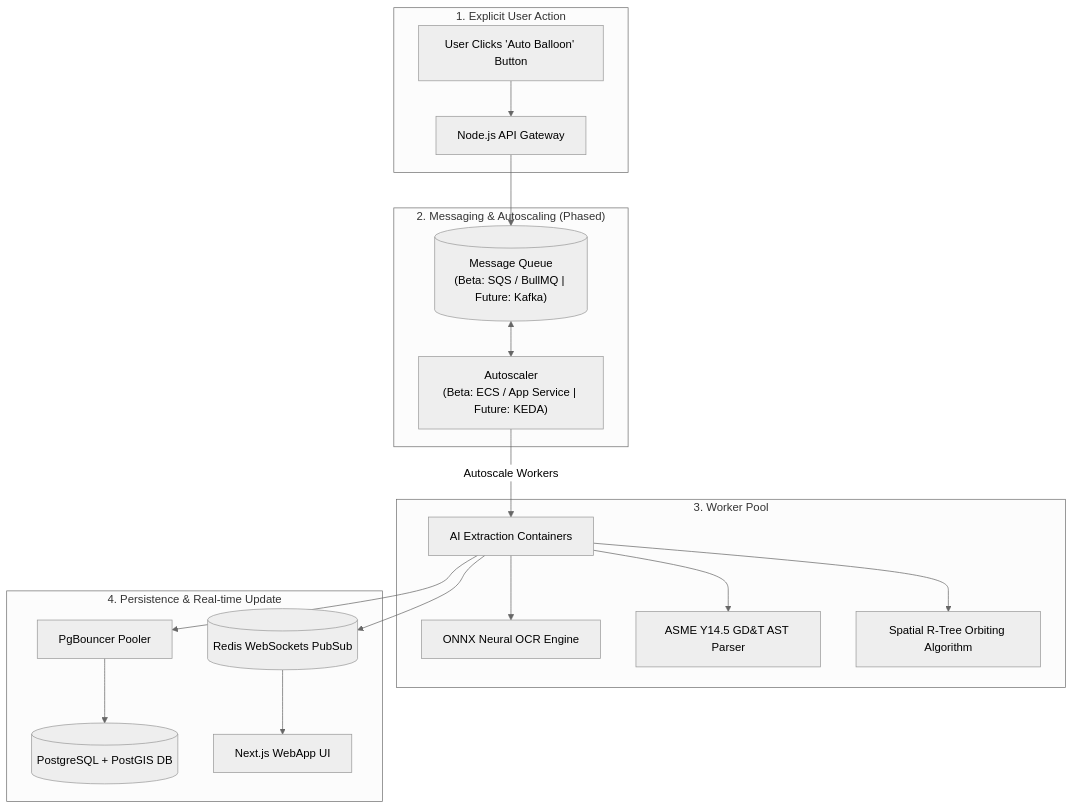
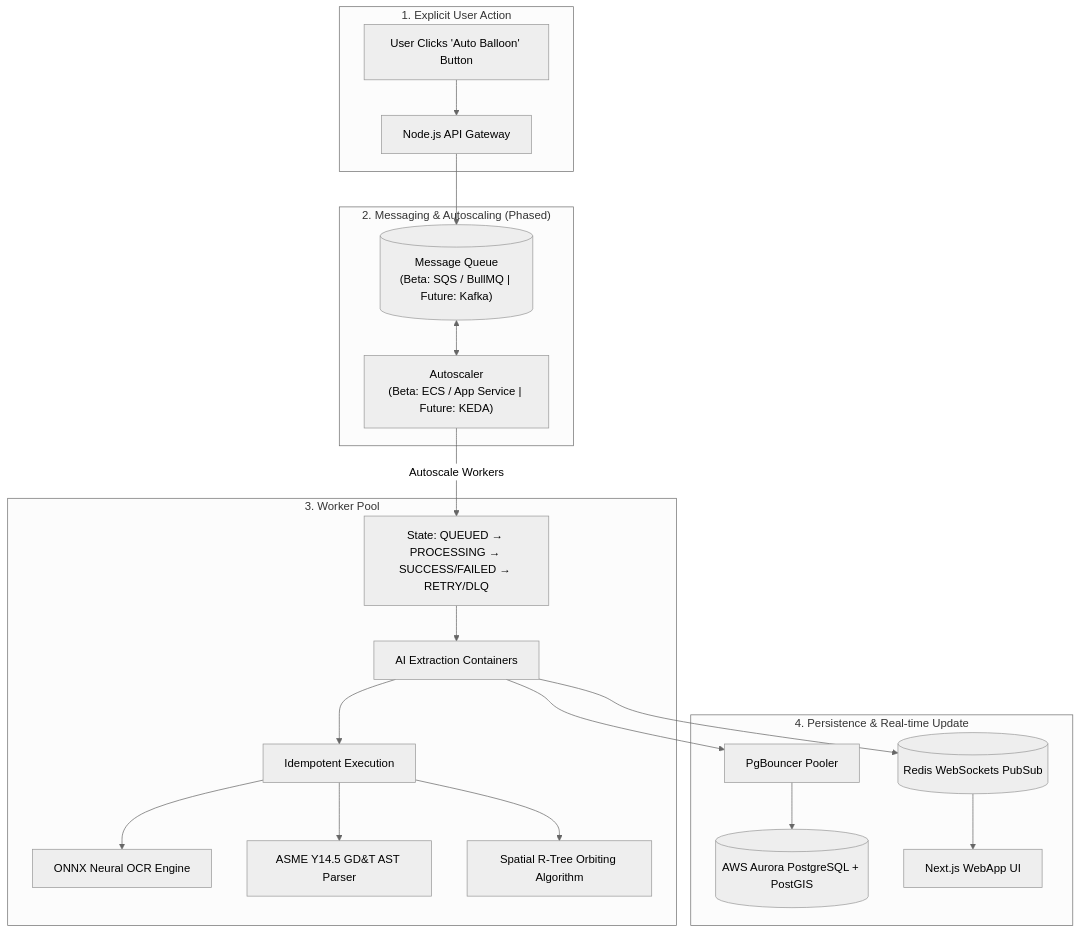
The third of 5 diagrams in Phase_3_System_Architecture_Stages.md (LoonistApp/Loonist), drawn with Mermaid (neutral theme) before and after one commit. The commit also changed other lines of this file and 3 other files, not shown here.

Commit message:
docs: tighten architecture semantics for database, job states, validation workflow, and tamper-evident hash chain

````diff
--- a/Phase_3_System_Architecture_Stages.md
+++ b/Phase_3_System_Architecture_Stages.md
@@ -69,33 +69,37 @@
 ```mermaid
 flowchart TD
     subgraph Trigger ["1. Explicit User Action"]
         UserClick["User Clicks 'Auto Balloon' Button"]
         API["Node.js API Gateway"]
     end
 
     subgraph Queue ["2. Messaging & Autoscaling (Phased)"]
         MessageQueue[("Message Queue\n(Beta: SQS / BullMQ | Future: Kafka)")]
         Autoscaler["Autoscaler\n(Beta: ECS / App Service | Future: KEDA)"]
     end
 
     subgraph Workers ["3. Worker Pool"]
+        JobState["State: QUEUED → PROCESSING → SUCCESS/FAILED → RETRY/DLQ"]
+        Idempotency["Idempotent Execution"]
         WorkerPool["AI Extraction Containers"]
         ONNX["ONNX Neural OCR Engine"]
         GDTParser["ASME Y14.5 GD&T AST Parser"]
         RTree["Spatial R-Tree Orbiting Algorithm"]
     end
 
     subgraph Sync ["4. Persistence & Real-time Update"]
         PgBouncer["PgBouncer Pooler"]
-        Postgres[("PostgreSQL + PostGIS DB")]
+        Postgres[("AWS Aurora PostgreSQL + PostGIS")]
         RedisWS[("Redis WebSockets PubSub")]
         UI["Next.js WebApp UI"]
     end
 
     UserClick --> API --> MessageQueue
     MessageQueue <--> Autoscaler
-    Autoscaler -->|Autoscale Workers| WorkerPool
-    WorkerPool --> ONNX & GDTParser & RTree
+    Autoscaler -->|Autoscale Workers| JobState
+    JobState --> WorkerPool
+    WorkerPool --> Idempotency
+    Idempotency --> ONNX & GDTParser & RTree
     WorkerPool --> PgBouncer --> Postgres
     WorkerPool --> RedisWS --> UI
 ```
````
